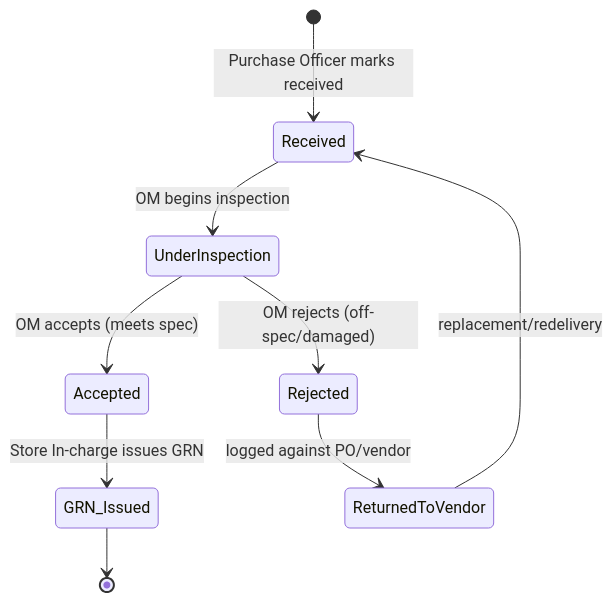
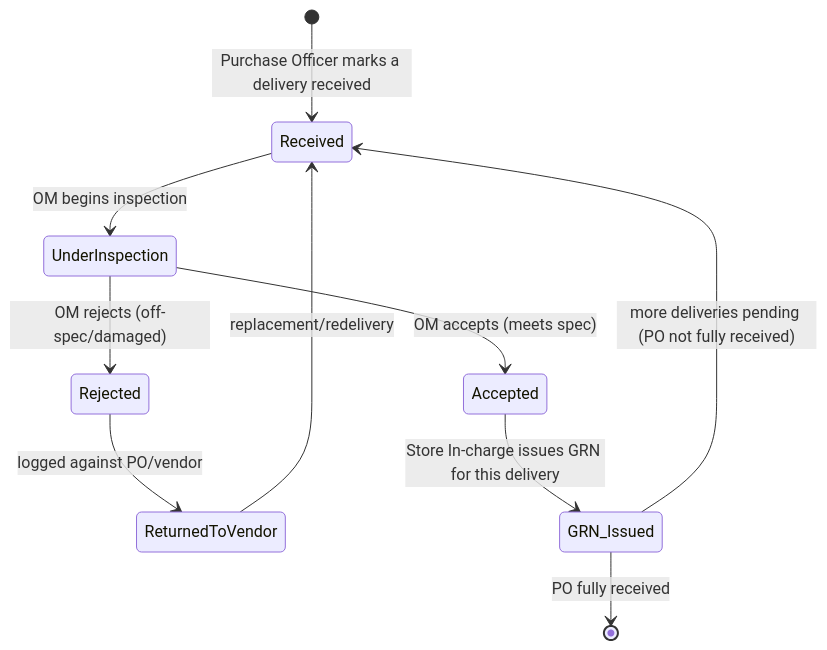
The first of 2 diagrams in docs/modules/02-inventory-and-procurement.md (Hawk8066/BECS-Analytics-LIMS), drawn with Mermaid before and after one commit. The commit also changed other lines of this file, not shown here.

````diff
--- a/docs/modules/02-inventory-and-procurement.md
+++ b/docs/modules/02-inventory-and-procurement.md
@@ -105,11 +110,12 @@
 ```mermaid
 stateDiagram-v2
-    [*] --> Received: Purchase Officer marks received
+    [*] --> Received: Purchase Officer marks a delivery received
     Received --> UnderInspection: OM begins inspection
     UnderInspection --> Accepted: OM accepts (meets spec)
     UnderInspection --> Rejected: OM rejects (off-spec/damaged)
     Rejected --> ReturnedToVendor: logged against PO/vendor
     ReturnedToVendor --> Received: replacement/redelivery
-    Accepted --> GRN_Issued: Store In-charge issues GRN
-    GRN_Issued --> [*]
+    Accepted --> GRN_Issued: Store In-charge issues GRN for this delivery
+    GRN_Issued --> Received: more deliveries pending (PO not fully received)
+    GRN_Issued --> [*]: PO fully received
 ```
````
